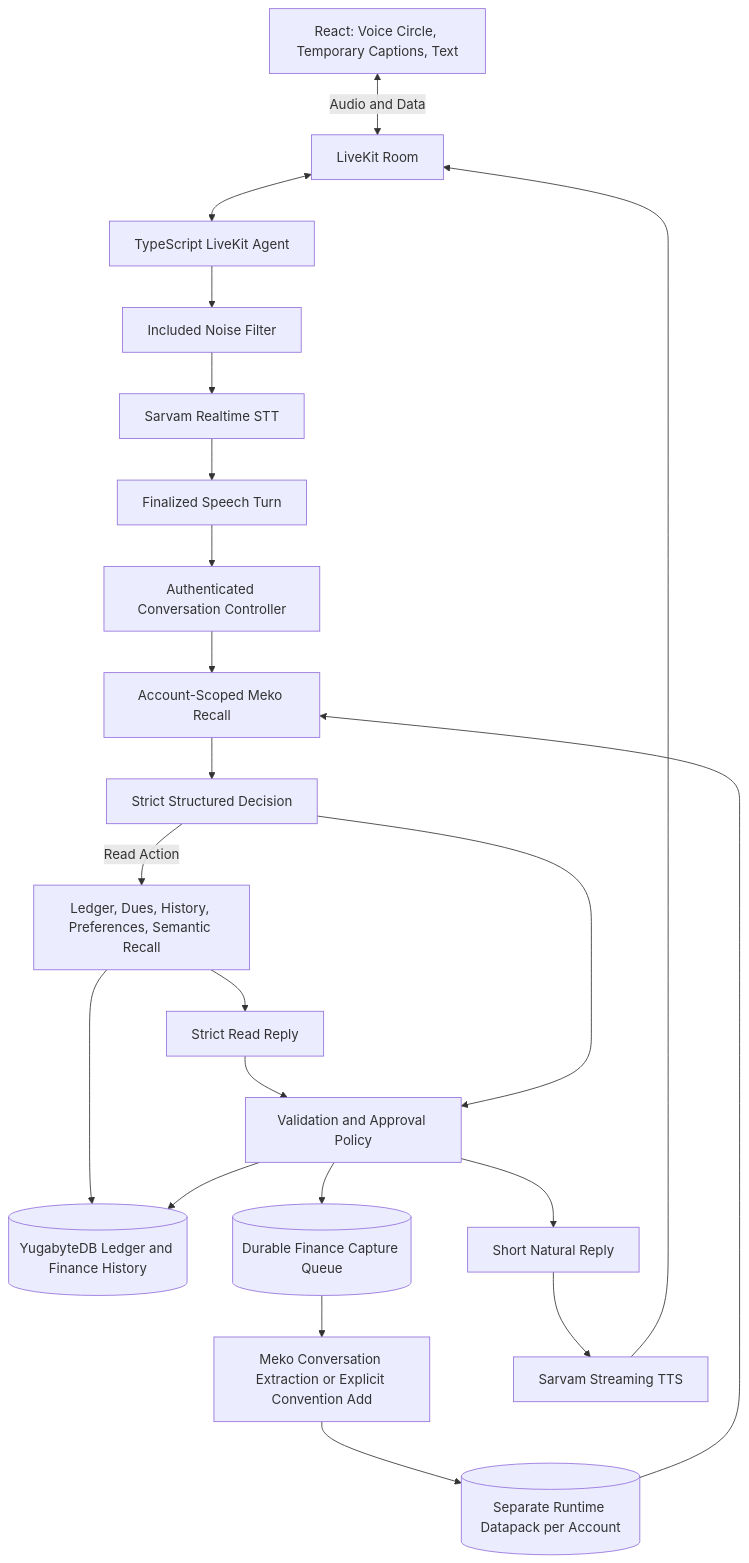
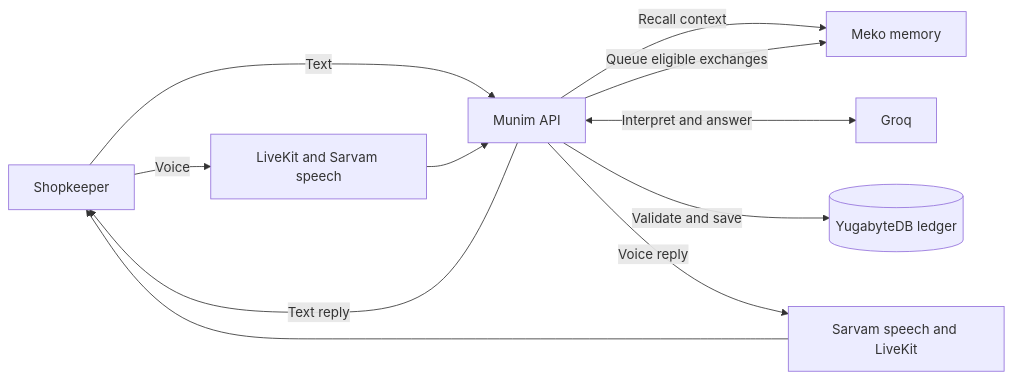
The diagram in README.md (atharva-again/munim), drawn with Mermaid before and after one commit. The commit also changed other lines of this file and 10 other files, not shown here.

````diff
--- a/README.md
+++ b/README.md
@@ -39,24 +22,13 @@
 ```mermaid
-flowchart TD
-    Browser[React: Voice Circle, Temporary Captions, Text] <-->|Audio and Data| Room[LiveKit Room]
-    Room <--> Worker[TypeScript LiveKit Agent]
-    Worker --> Noise[Included Noise Filter]
-    Noise --> STT[Sarvam Realtime STT]
-    STT --> Turn[Finalized Speech Turn]
-    Turn --> API[Authenticated Conversation Controller]
-    API --> Recall[Account-Scoped Meko Recall]
-    Recall --> Groq[Strict Structured Decision]
-    Groq -->|Read Action| Read[Ledger, Dues, History, Preferences, Semantic Recall]
-    Read --> GroqReply[Strict Read Reply]
-    Read --> SQL
-    GroqReply --> Validate
-    Groq --> Validate[Validation and Approval Policy]
-    Validate --> SQL[(YugabyteDB Ledger and Finance History)]
-    Validate --> Queue[(Durable Finance Capture Queue)]
-    Queue --> Capture[Meko Conversation Extraction or Explicit Convention Add]
-    Capture --> Memory[(Separate Runtime Datapack per Account)]
-    Memory --> Recall
-    Validate --> Reply[Short Natural Reply]
-    Reply --> TTS[Sarvam Streaming TTS]
-    TTS --> Room
+flowchart LR
+    User[Shopkeeper] -->|Voice| LiveKit[LiveKit and Sarvam speech]
+    User -->|Text| API[Munim API]
+    LiveKit --> API
+    API -->|Recall context| Meko[Meko memory]
+    API <-->|Interpret and answer| Groq[Groq]
+    API -->|Validate and save| DB[(YugabyteDB ledger)]
+    API -->|Queue eligible exchanges| Meko
+    API -->|Text reply| User
+    API -->|Voice reply| Speech[Sarvam speech and LiveKit]
+    Speech --> User
 ```
````
